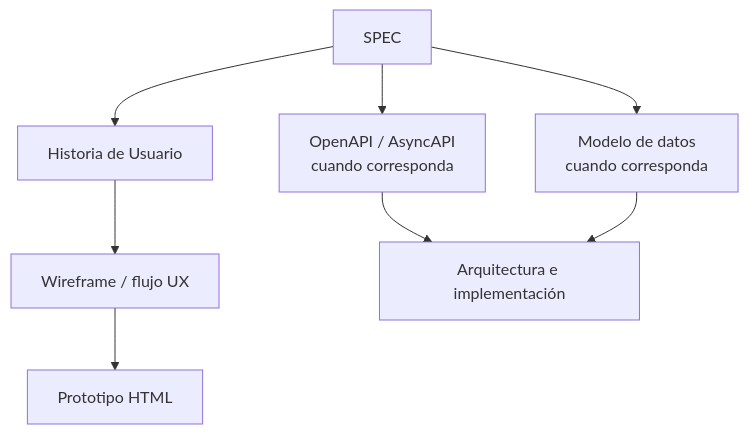
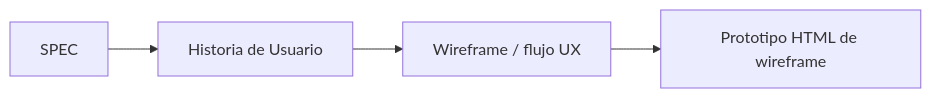
One commit to Taller-SW-Web/G6-Productos-Ofertas-docs changed the first of 7 diagrams in README.md. Above: the diagram before and after it, drawn with Mermaid. The commit also changed other lines of this file and 5 other files, not shown here.

````diff
--- a/README.md
+++ b/README.md
@@ -36,11 +39,6 @@
 ```mermaid
-flowchart TD
+flowchart LR
     SPEC["SPEC"] --> HU["Historia de Usuario"]
     HU --> WF["Wireframe / flujo UX"]
-    WF --> HTML["Prototipo HTML"]
-
-    SPEC --> API["OpenAPI / AsyncAPI<br/>cuando corresponda"]
-    SPEC --> MODEL["Modelo de datos<br/>cuando corresponda"]
-    API --> ARQ["Arquitectura e implementación"]
-    MODEL --> ARQ
+    WF --> HTML["Prototipo HTML de wireframe"]
 ```
````
